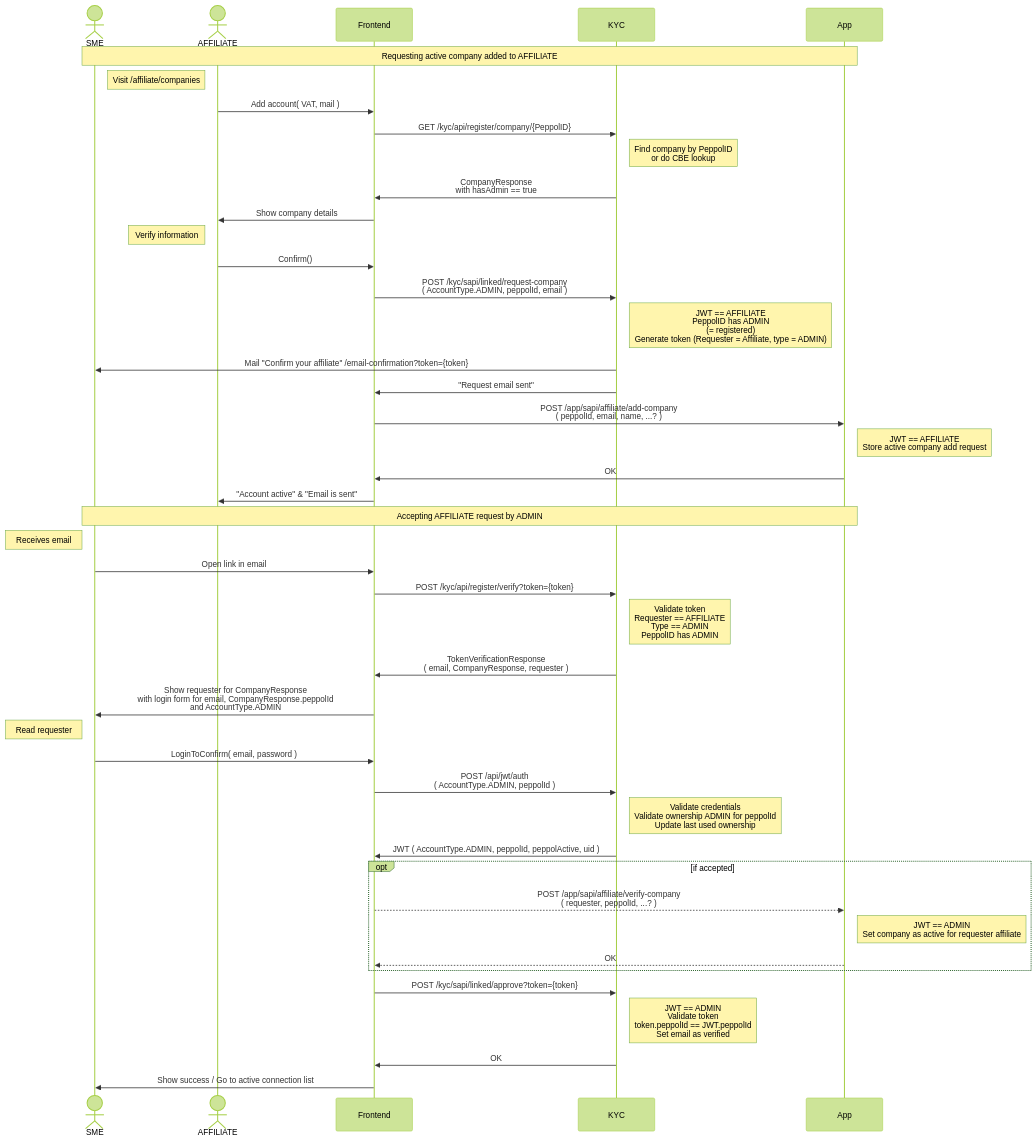
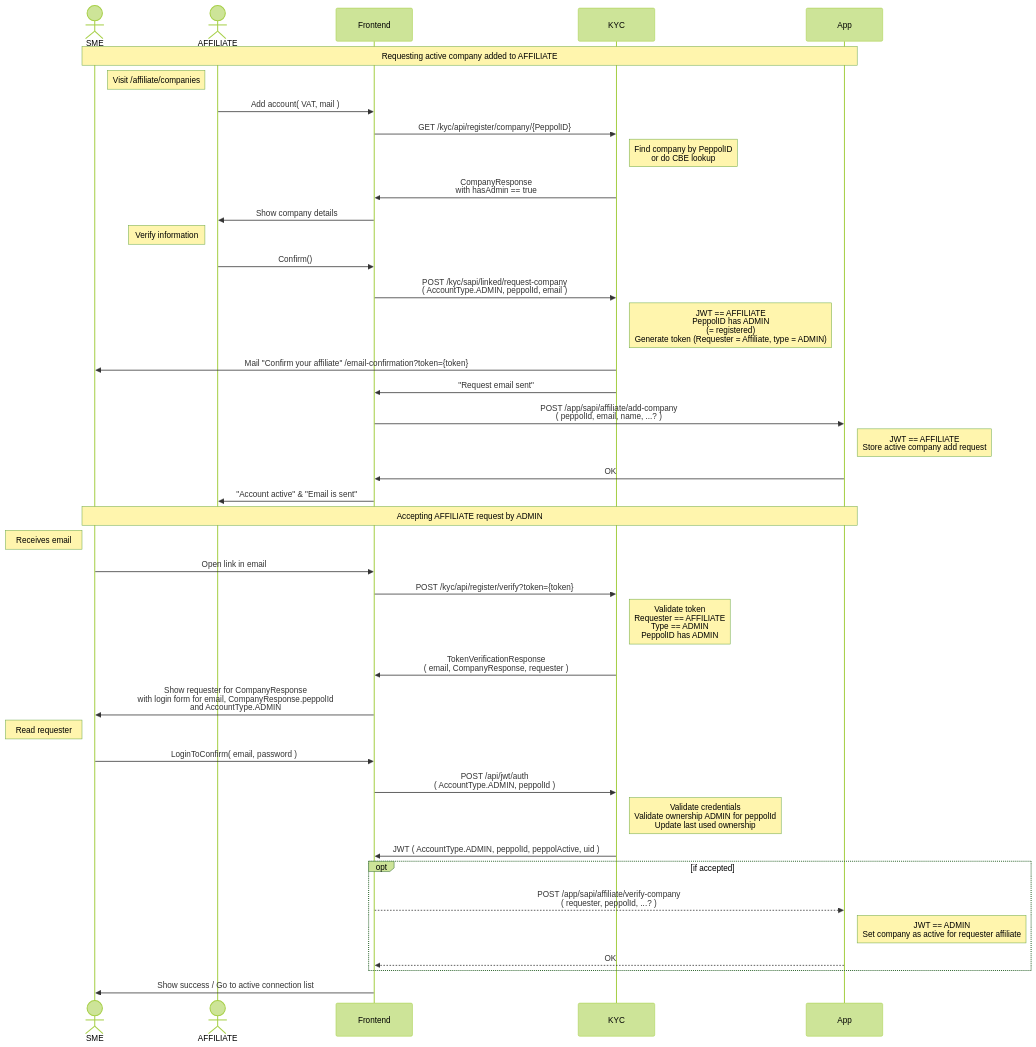
The diagram in readme/registration-active-admin-via-affiliate-and-verify-by-email.md (letspeppol/letspeppol), drawn with Mermaid (forest theme) before and after one commit. The commit also changed 2 other files, not shown here.

Commit message:
Remove token state

````diff
--- a/readme/registration-active-admin-via-affiliate-and-verify-by-email.md
+++ b/readme/registration-active-admin-via-affiliate-and-verify-by-email.md
@@ -3,50 +3,47 @@
 ```mermaid
 sequenceDiagram
     actor SME as SME
     actor AFFILIATE as AFFILIATE
     participant Frontend as Frontend
     participant KYC as KYC
     participant App as App
 
 Note over SME, App: Requesting active company added to AFFILIATE
     Note left of AFFILIATE: Visit /affiliate/companies
     AFFILIATE ->> Frontend: Add account( VAT, mail )
     Frontend ->> KYC: GET /kyc/api/register/company/{PeppolID}
     Note right of KYC: Find company by PeppolID <br> or do CBE lookup
     KYC ->> Frontend: CompanyResponse <br> with hasAdmin == true
     Frontend ->> AFFILIATE: Show company details
 
     Note left of AFFILIATE: Verify information
     AFFILIATE ->> Frontend: Confirm()
     Frontend ->> KYC: POST /kyc/sapi/linked/request-company <br> ( AccountType.ADMIN, peppolId, email )
     Note right of KYC: JWT == AFFILIATE <br> PeppolID has ADMIN <br>(= registered) <br> Generate token (Requester = Affiliate, type = ADMIN)
     KYC ->> SME: Mail "Confirm your affiliate" /email-confirmation?token={token}
     KYC ->> Frontend: "Request email sent"
     Frontend ->> App: POST /app/sapi/affiliate/add-company <br> ( peppolId, email, name, ...? )
     Note right of App: JWT == AFFILIATE <br> Store active company add request
     App ->> Frontend: OK
     Frontend ->> AFFILIATE: "Account active" & "Email is sent"
 
 Note over SME, App: Accepting AFFILIATE request by ADMIN
     Note left of SME: Receives email
     SME ->> Frontend: Open link in email
     Frontend ->> KYC: POST /kyc/api/register/verify?token={token}
     Note right of KYC: Validate token <br> Requester == AFFILIATE <br> Type == ADMIN <br> PeppolID has ADMIN
     KYC ->> Frontend: TokenVerificationResponse <br> ( email, CompanyResponse, requester )
     Frontend ->> SME: Show requester for CompanyResponse <br> with login form for email, CompanyResponse.peppolId <br> and AccountType.ADMIN
 
     Note left of SME: Read requester
     SME ->> Frontend: LoginToConfirm( email, password )
     Frontend ->> KYC: POST /api/jwt/auth <br> ( AccountType.ADMIN, peppolId )
     Note right of KYC: Validate credentials <br> Validate ownership ADMIN for peppolId <br> Update last used ownership
     KYC ->> Frontend: JWT ( AccountType.ADMIN, peppolId, peppolActive, uid )
     opt if accepted
         Frontend -->> App: POST /app/sapi/affiliate/verify-company <br> ( requester, peppolId, ...? )
         Note right of App: JWT == ADMIN <br> Set company as active for requester affiliate
         App -->> Frontend: OK
     end
-    Frontend ->> KYC: POST /kyc/sapi/linked/approve?token={token}
-    Note right of KYC: JWT == ADMIN <br> Validate token <br> token.peppolId == JWT.peppolId <br> Set email as verified
-    KYC ->> Frontend: OK
     Frontend ->> SME: Show success / Go to active connection list
 ```
````
